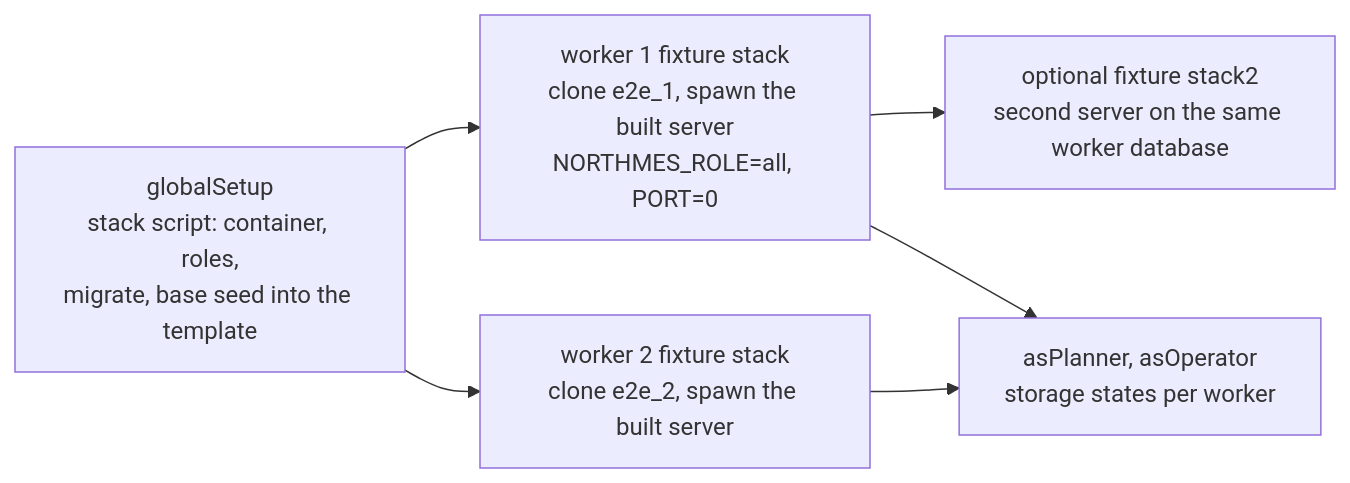
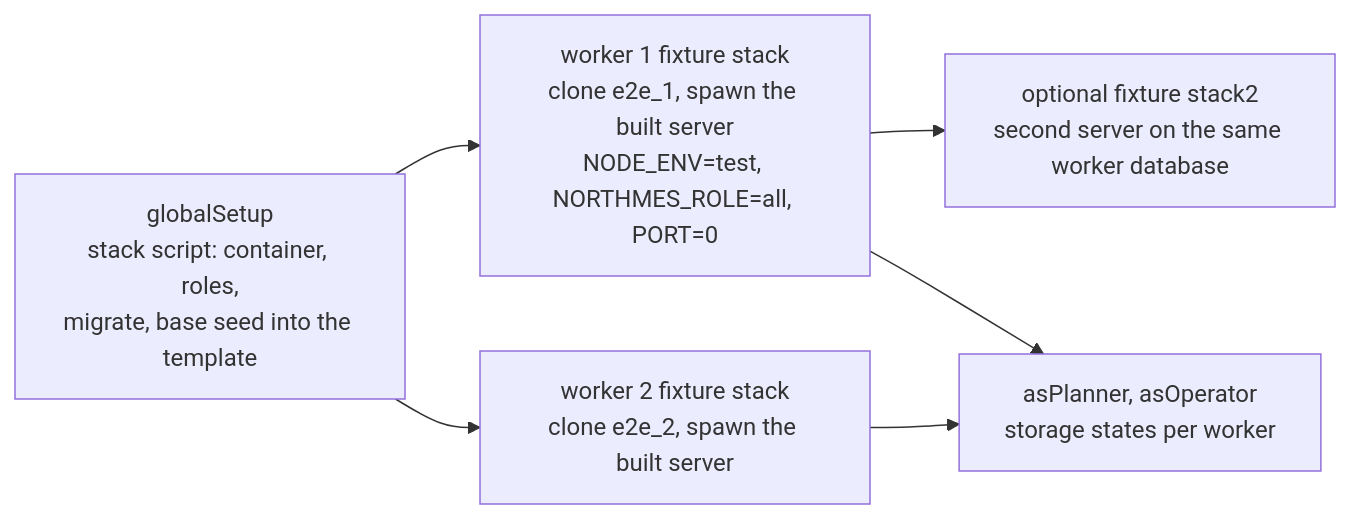
The first of 2 diagrams in docs/plan/11-quality-and-testing.md (northMES/northmes), drawn with Mermaid before and after one commit. The commit also changed other lines of this file and 14 other files, not shown here.

````diff
--- a/docs/plan/11-quality-and-testing.md
+++ b/docs/plan/11-quality-and-testing.md
@@ -232,13 +233,13 @@
 ```mermaid
 flowchart LR
   gs["globalSetup<br/>stack script: container, roles,<br/>migrate, base seed into the template"]
-  w1["worker 1 fixture stack<br/>clone e2e_1, spawn the built server<br/>NORTHMES_ROLE=all, PORT=0"]
+  w1["worker 1 fixture stack<br/>clone e2e_1, spawn the built server<br/>NODE_ENV=test, NORTHMES_ROLE=all, PORT=0"]
   w2["worker 2 fixture stack<br/>clone e2e_2, spawn the built server"]
   s2["optional fixture stack2<br/>second server on the same worker database"]
   a["asPlanner, asOperator<br/>storage states per worker"]
   gs --> w1
   gs --> w2
   w1 --> s2
   w1 --> a
   w2 --> a
 ```
````
